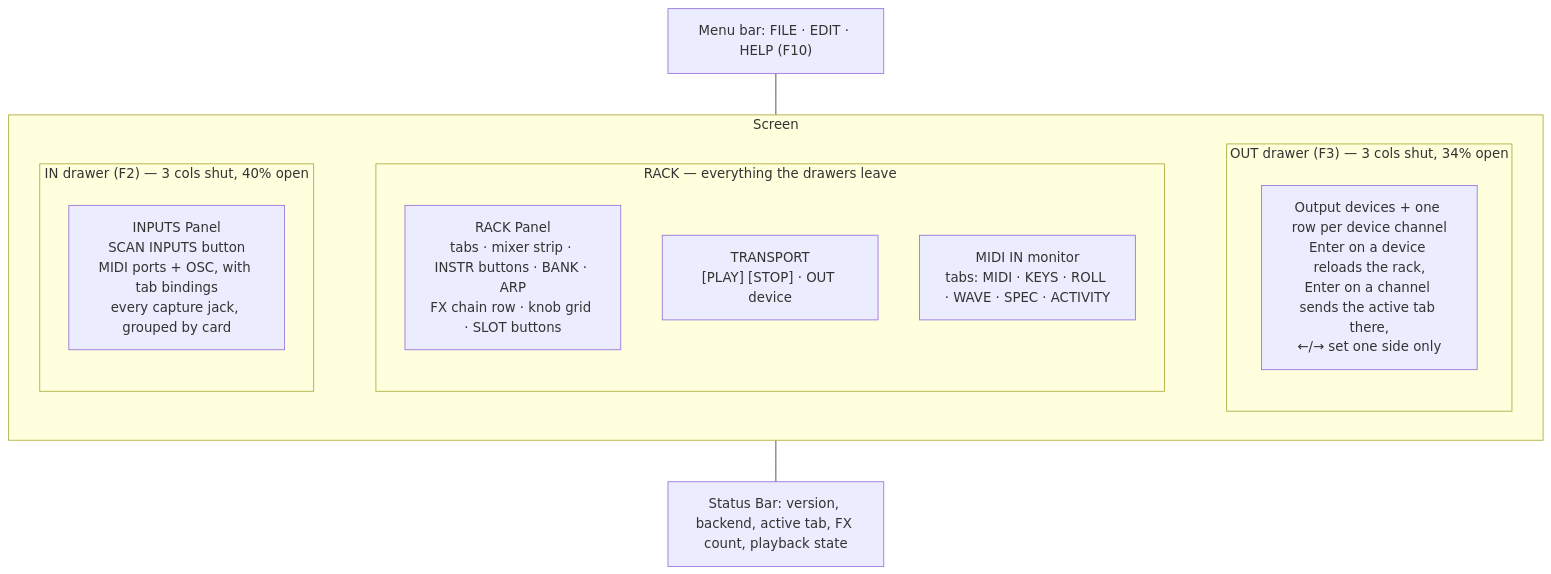
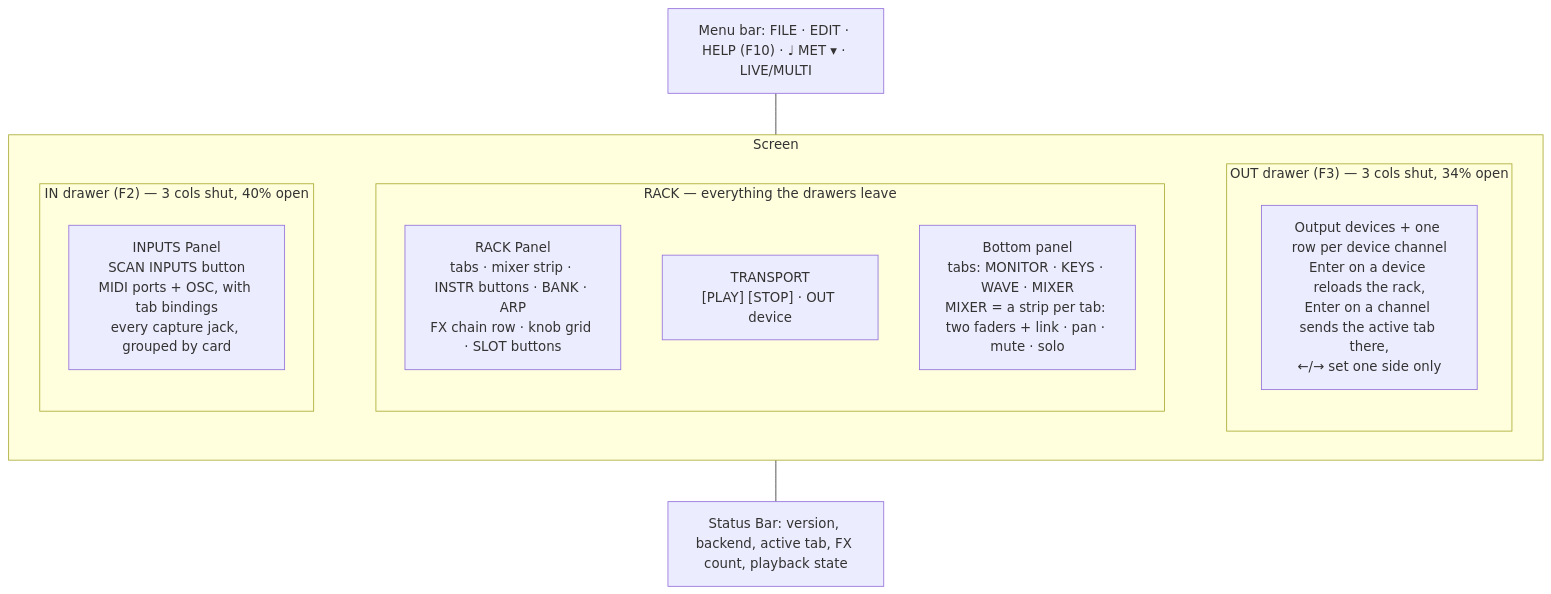
One commit to jacodelia/choz changed the sixth of 8 diagrams in docs/architecture.md. Above: the diagram before and after it, drawn with Mermaid. The commit also changed other lines of this file and 5 other files, not shown here.

````diff
--- a/docs/architecture.md
+++ b/docs/architecture.md
@@ -632,24 +643,24 @@
 ```mermaid
 flowchart TB
-    MB["Menu bar: FILE · EDIT · HELP (F10)"]
+    MB["Menu bar: FILE · EDIT · HELP (F10) · ♩ MET ▾ · LIVE/MULTI"]
     subgraph Screen
         direction LR
         subgraph Left["IN drawer (F2) — 3 cols shut, 40% open"]
             SP["INPUTS Panel<br/>SCAN INPUTS button<br/>MIDI ports + OSC, with tab bindings<br/>every capture jack, grouped by card"]
         end
         subgraph Mid["RACK — everything the drawers leave"]
             FXP["RACK Panel<br/>tabs · mixer strip · INSTR buttons · BANK · ARP<br/>FX chain row · knob grid · SLOT buttons"]
             TR["TRANSPORT<br/>[PLAY] [STOP] · OUT device"]
-            MM["MIDI IN monitor<br/>tabs: MIDI · KEYS · ROLL · WAVE · SPEC · ACTIVITY"]
+            MM["Bottom panel<br/>tabs: MONITOR · KEYS · WAVE · MIXER<br/>MIXER = a strip per tab: two faders + link · pan · mute · solo"]
         end
         subgraph Right["OUT drawer (F3) — 3 cols shut, 34% open"]
             OP["Output devices + one row per device channel<br/>Enter on a device reloads the rack,<br/>Enter on a channel sends the active tab there,<br/>←/→ set one side only"]
         end
     end
     SB["Status Bar: version, backend, active tab, FX count, playback state"]
 
     MB --- Screen
     Left ~~~ Mid
     Mid ~~~ Right
     Screen --- SB
 ```
````
